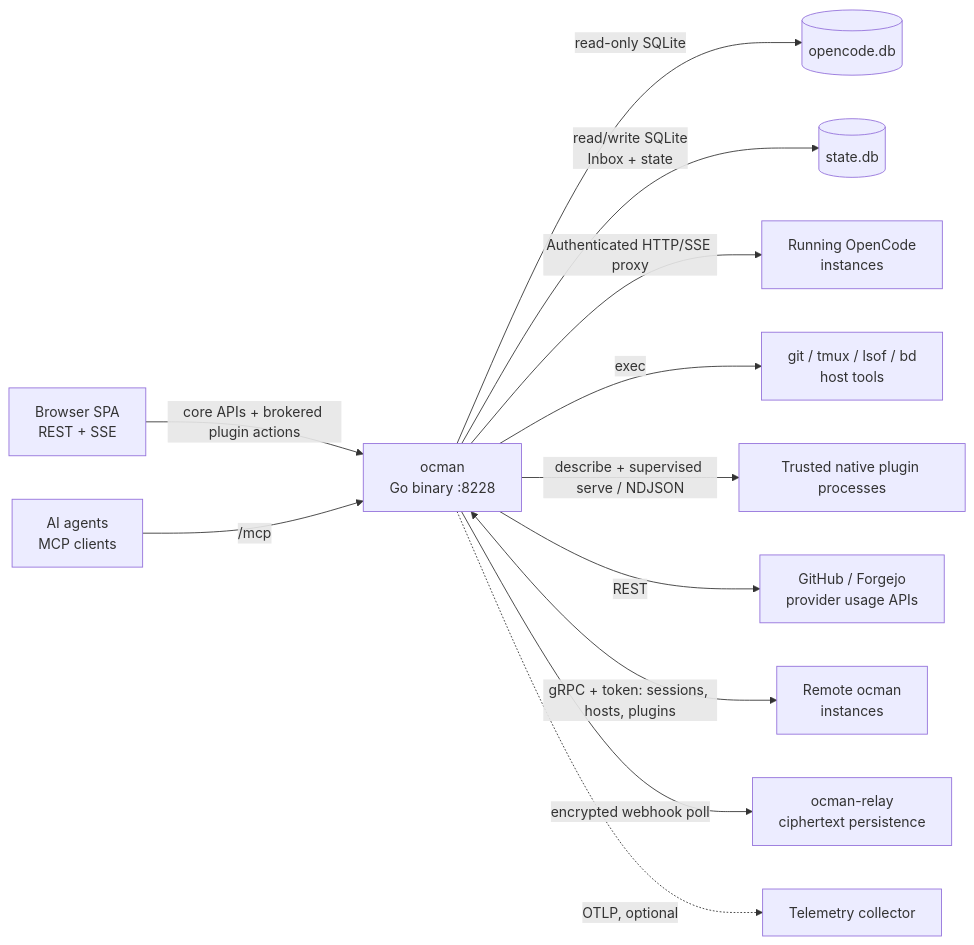
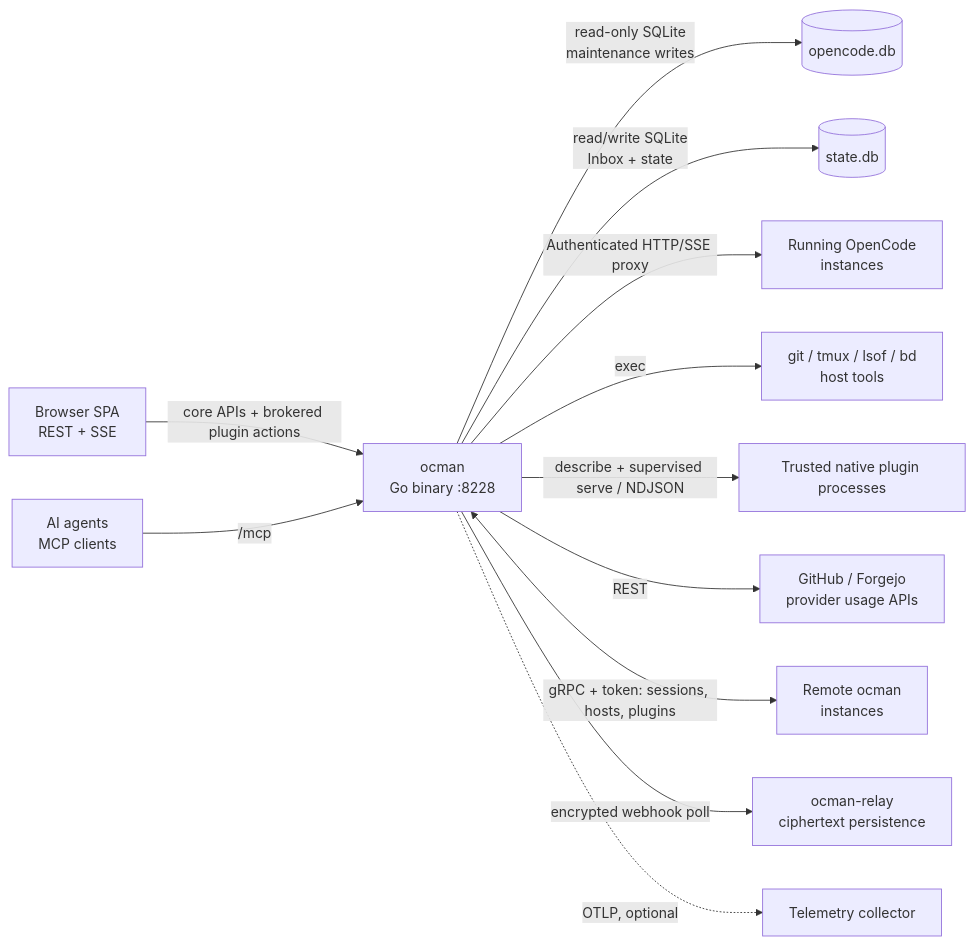
Before and after one commit to ocman/ocman: the second of 5 diagrams in docs/other/architecture.md, drawn with Mermaid. The commit also changed other lines of this file and 17 other files, not shown here.

````diff
--- a/docs/other/architecture.md
+++ b/docs/other/architecture.md
@@ -45,14 +45,14 @@
 ```mermaid
 flowchart LR
     Browser[Browser SPA<br/>REST + SSE] -->|core APIs + brokered plugin actions| Ocman[ocman<br/>Go binary :8228]
     Agent[AI agents<br/>MCP clients] -->|/mcp| Ocman
-    Ocman -->|read-only SQLite| OCDB[(opencode.db)]
+    Ocman -->|read-only SQLite<br/>maintenance writes| OCDB[(opencode.db)]
     Ocman -->|read/write SQLite<br/>Inbox + state| StateDB[(state.db)]
     Ocman -->|Authenticated HTTP/SSE proxy| OCInst[Running OpenCode<br/>instances]
     Ocman -->|exec| Shell[git / tmux / lsof / bd<br/>host tools]
     Ocman -->|describe + supervised serve / NDJSON| PluginExec[Trusted native plugin processes]
     Ocman -->|REST| APIs[GitHub / Forgejo<br/>provider usage APIs]
     Ocman <-->|gRPC + token: sessions, hosts, plugins| Remotes[Remote ocman<br/>instances]
     Ocman -->|encrypted webhook poll| Relay[ocman-relay<br/>ciphertext persistence]
     Ocman -.->|OTLP, optional| Otel[Telemetry collector]
 ```
````
